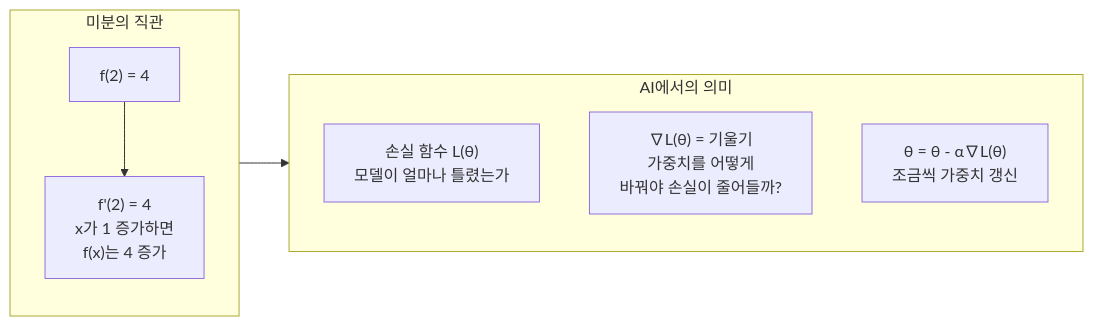
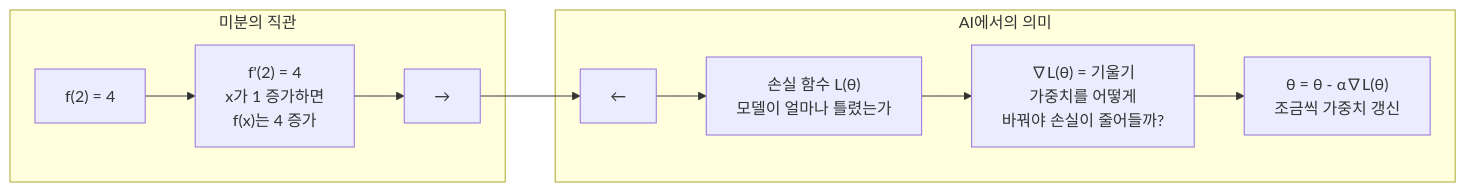
The sixth of 10 diagrams in ai-programming/01_서론/03_수학_기초.md (jingu279/Document), drawn with Mermaid before and after one commit. The commit also changed other lines of this file and 9 other files, not shown here.

Commit message:
Fix all broken Mermaid diagrams across AI book (cross-subgraph connections, reserved keywords, duplicate nodes)

````diff
--- a/ai-programming/01_서론/03_수학_기초.md
+++ b/ai-programming/01_서론/03_수학_기초.md
@@ -217,14 +222,15 @@
 ```mermaid
 flowchart LR
   subgraph Derivative[미분의 직관]
     P1["f(2) = 4"] --> P1d["f'(2) = 4<br/>x가 1 증가하면<br/>f(x)는 4 증가"]
+    P1d --> Deriv_O["→"]
   end
 
   subgraph Meaning[AI에서의 의미]
-    LossFn["손실 함수 L(θ)<br/>모델이 얼마나 틀렸는가"]
-    Grad["∇L(θ) = 기울기<br/>가중치를 어떻게<br/>바꿔야 손실이 줄어들까?"]
-    Update["θ = θ - α∇L(θ)<br/>조금씩 가중치 갱신"]
+    Meaning_I["←"] --> LossFn["손실 함수 L(θ)<br/>모델이 얼마나 틀렸는가"]
+    LossFn --> Grad["∇L(θ) = 기울기<br/>가중치를 어떻게<br/>바꿔야 손실이 줄어들까?"]
+    Grad --> Update["θ = θ - α∇L(θ)<br/>조금씩 가중치 갱신"]
   end
 
-  Derivative --> Meaning
+  Deriv_O --> Meaning_I
 ```
````
